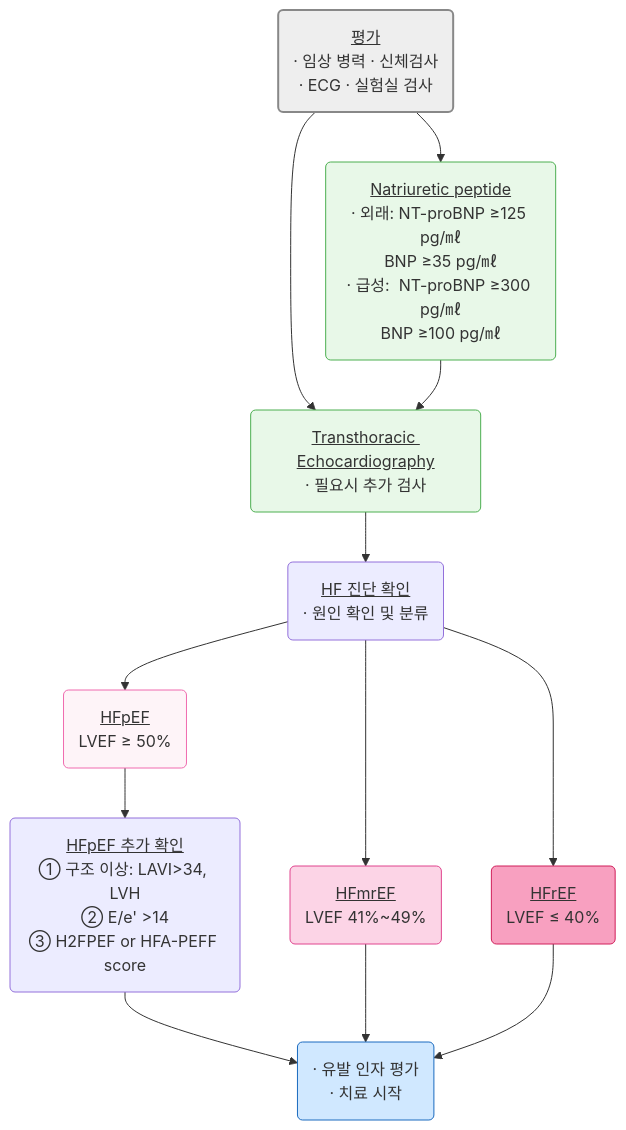
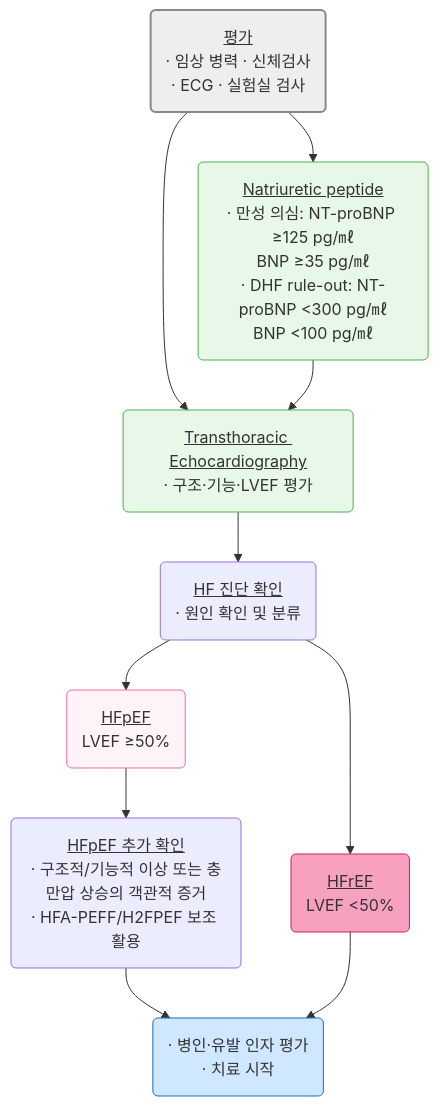
Before and after one commit to familyoh77/familyoh77: the second of 3 diagrams in 225_/098_-heart-failure.md, drawn with Mermaid. The commit also changed other lines of this file, not shown here.

````diff
--- a/225_/098_-heart-failure.md
+++ b/225_/098_-heart-failure.md
@@ -138,30 +131,26 @@
 ```mermaid
 graph TD
     A("<u>평가</u>\n· 임상 병력 · 신체검사\n· ECG · 실험실 검사")
 style A fill:#eeeeee,stroke:#888888,stroke-width:2px
-    B("<u>Natriuretic peptide</u>\n· 외래: NT-proBNP ≥125 pg/㎖\nBNP ≥35 pg/㎖\n· 급성:  NT-proBNP ≥300 pg/㎖\nBNP ≥100 pg/㎖")
-    C("<u>Transthoracic Echocardiography</u>\n· 필요시 추가 검사")
+    B("<u>Natriuretic peptide</u>\n· 만성 의심: NT-proBNP ≥125 pg/㎖\nBNP ≥35 pg/㎖\n· DHF rule-out: NT-proBNP <300 pg/㎖\nBNP <100 pg/㎖")
+    C("<u>Transthoracic Echocardiography</u>\n· 구조·기능·LVEF 평가")
 classDef lightGreen fill:#e8f8e8,stroke:#4caf50
 class B,C lightGreen
     D("<u>HF 진단 확인</u>\n· 원인 확인 및 분류")
-    G("<u>HFrEF</u>\nLVEF ≤ 40%")
-    F("<u>HFmrEF</u>\nLVEF 41%~49%")
-    E("<u>HFpEF</u>\nLVEF ≥ 50%")
+    G("<u>HFrEF</u>\nLVEF <50%")
+    E("<u>HFpEF</u>\nLVEF ≥50%")
 style E fill:#fef4f8,stroke:#f06baf
-style F fill:#fcd4e6,stroke:#e0448e
 style G fill:#f8a0c0,stroke:#d01f5a
-    HFPEF_DIAG("<u>HFpEF 추가 확인</u>\n① 구조 이상: LAVI>34, LVH\n② E/e' >14\n③ H2FPEF or HFA-PEFF score")
-    H("· 유발 인자 평가\n· 치료 시작")
+    HFPEF_DIAG("<u>HFpEF 추가 확인</u>\n· 구조적/기능적 이상 또는 충만압 상승의 객관적 증거\n· HFA-PEFF/H2FPEF 보조 활용")
+    H("· 병인·유발 인자 평가\n· 치료 시작")
 style H fill:#d0e8ff,stroke:#1a6abf
     A --> B
     A --> C
     B --> C
     C --> D
     D --> G
-    D --> F
     D --> E
     E --> HFPEF_DIAG
     HFPEF_DIAG --> H
-    F --> H
     G --> H
 ```
````
